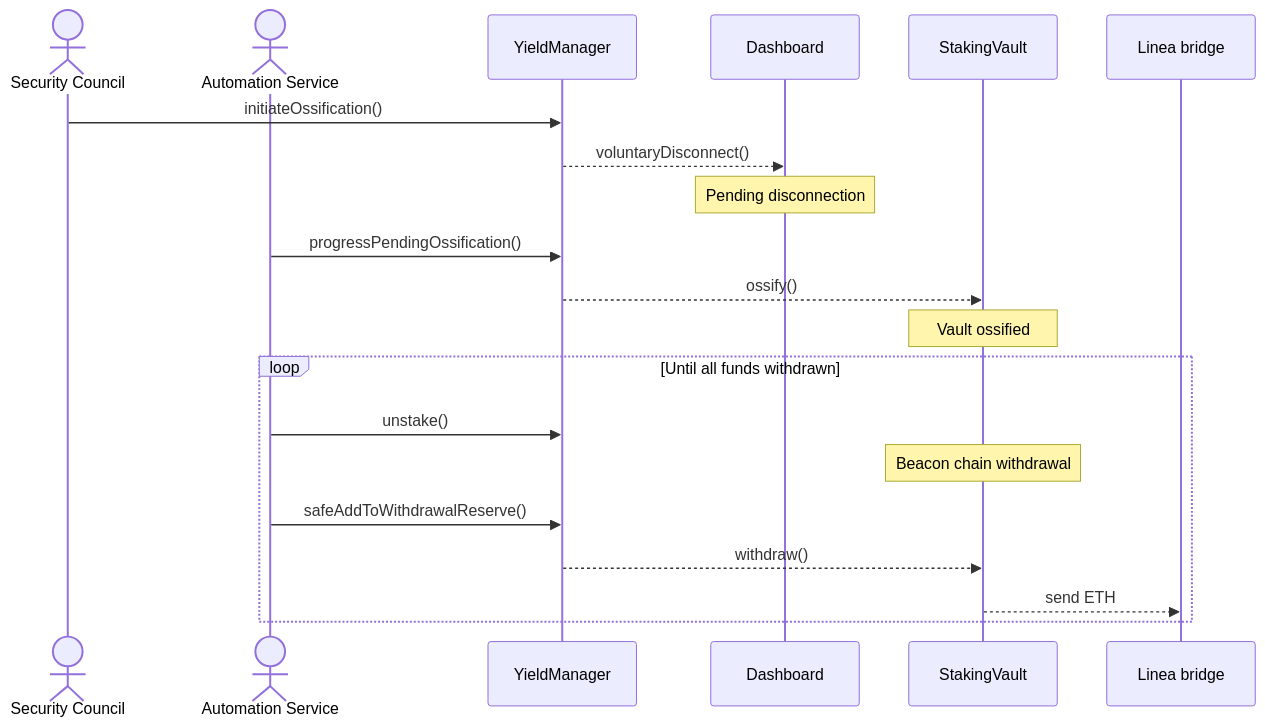
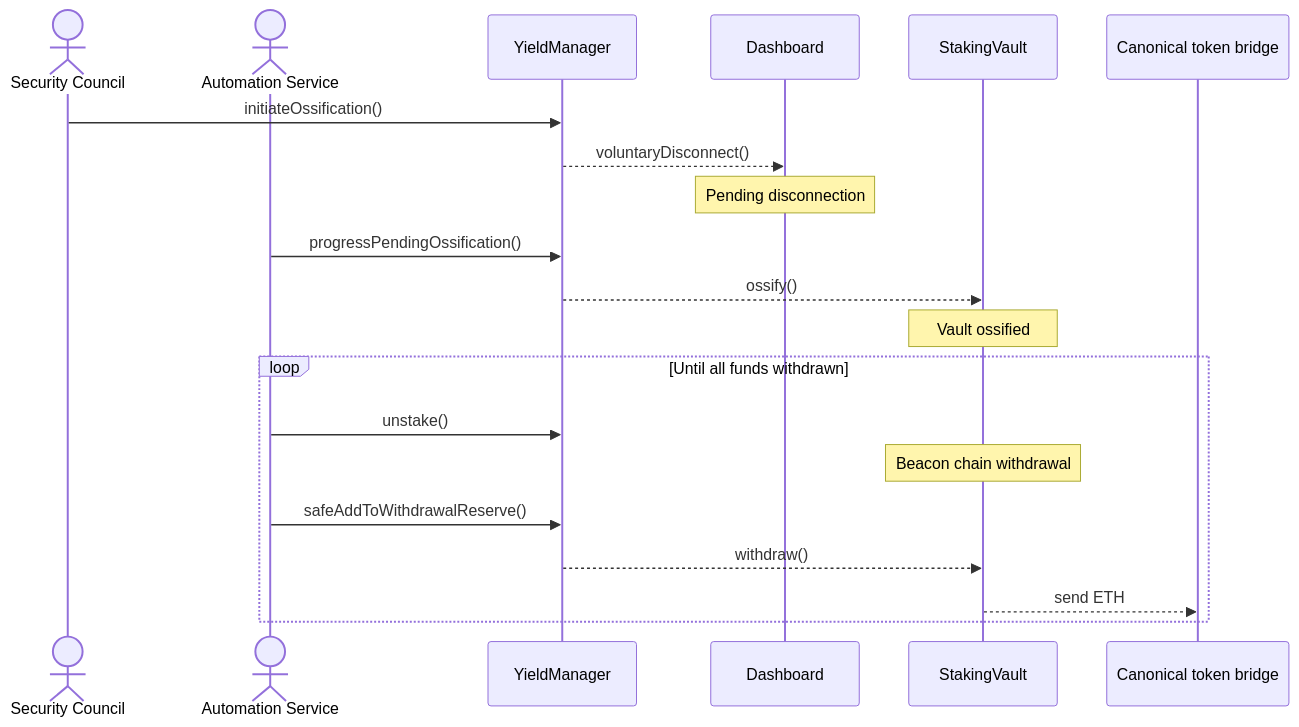
Before and after one commit to Consensys/doc.linea: the eighth of 8 diagrams in docs/protocol/yield-boost-architecture.mdx, drawn with Mermaid. The commit also changed other lines of this file and 1 other file, not shown here.

````diff
--- a/docs/protocol/yield-boost-architecture.mdx
+++ b/docs/protocol/yield-boost-architecture.mdx
@@ -304,25 +305,25 @@
 ```mermaid
 sequenceDiagram
     actor SC as Security Council
     actor Auto as Automation Service
     participant YM as YieldManager
     participant DB as Dashboard
     participant SV as StakingVault
-    participant LR as Linea bridge
+    participant BR as Canonical token bridge
 
     SC->>YM: initiateOssification()
     YM-->>DB: voluntaryDisconnect()
     Note over DB: Pending disconnection
 
     Auto->>YM: progressPendingOssification()
     YM-->>SV: ossify()
     Note over SV: Vault ossified
 
     loop Until all funds withdrawn
         Auto->>YM: unstake()
         Note over SV: Beacon chain withdrawal
         Auto->>YM: safeAddToWithdrawalReserve()
         YM-->>SV: withdraw()
-        SV-->>LR: send ETH
+        SV-->>BR: send ETH
     end
 ```
````
